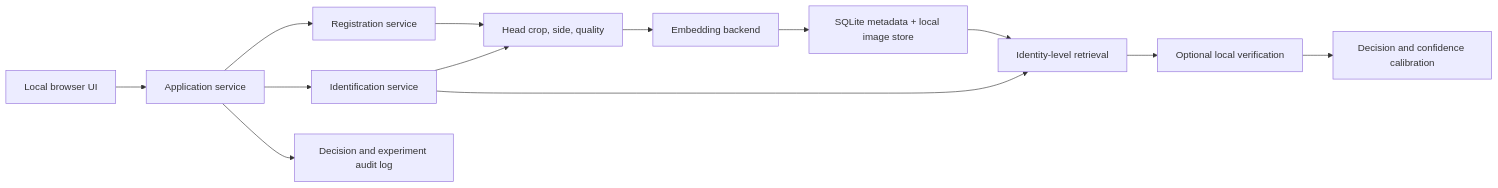
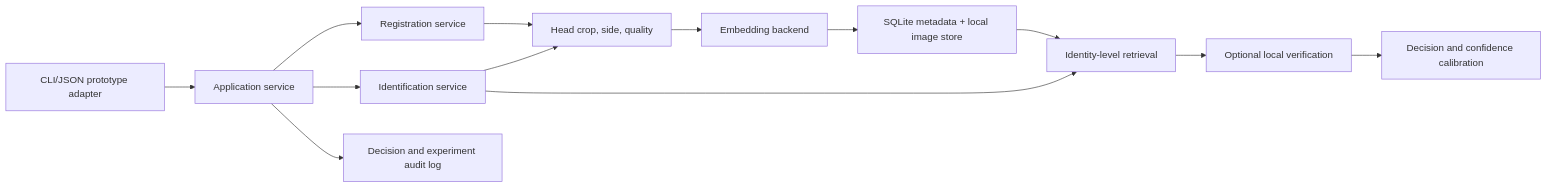
One commit to gungfebrian/PCV changed the diagram in docs/superpowers/specs/2026-08-13-turtle-registration-reid-design.md. Above: the diagram before and after it, drawn with Mermaid. The commit also changed other lines of this file, not shown here.

Commit message:
docs: scope re-id work to prototype engine

````diff
--- a/docs/superpowers/specs/2026-08-13-turtle-registration-reid-design.md
+++ b/docs/superpowers/specs/2026-08-13-turtle-registration-reid-design.md
@@ -87,15 +90,15 @@
 ```mermaid
 flowchart LR
-    UI["Local browser UI"] --> APP["Application service"]
+    UI["CLI/JSON prototype adapter"] --> APP["Application service"]
     APP --> REG["Registration service"]
     APP --> ID["Identification service"]
     REG --> PRE["Head crop, side, quality"]
     ID --> PRE
     PRE --> EMB["Embedding backend"]
     EMB --> DB["SQLite metadata + local image store"]
     ID --> RET["Identity-level retrieval"]
     RET --> VER["Optional local verification"]
     VER --> CAL["Decision and confidence calibration"]
     DB --> RET
     APP --> AUDIT["Decision and experiment audit log"]
 ```
````
